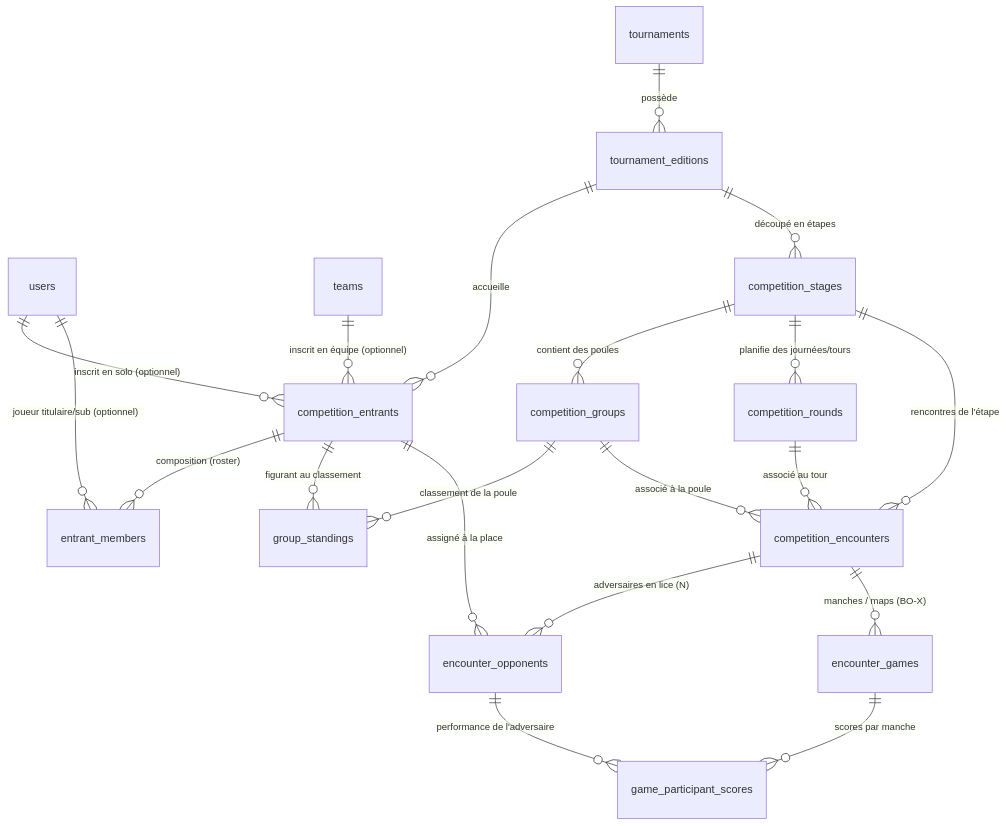
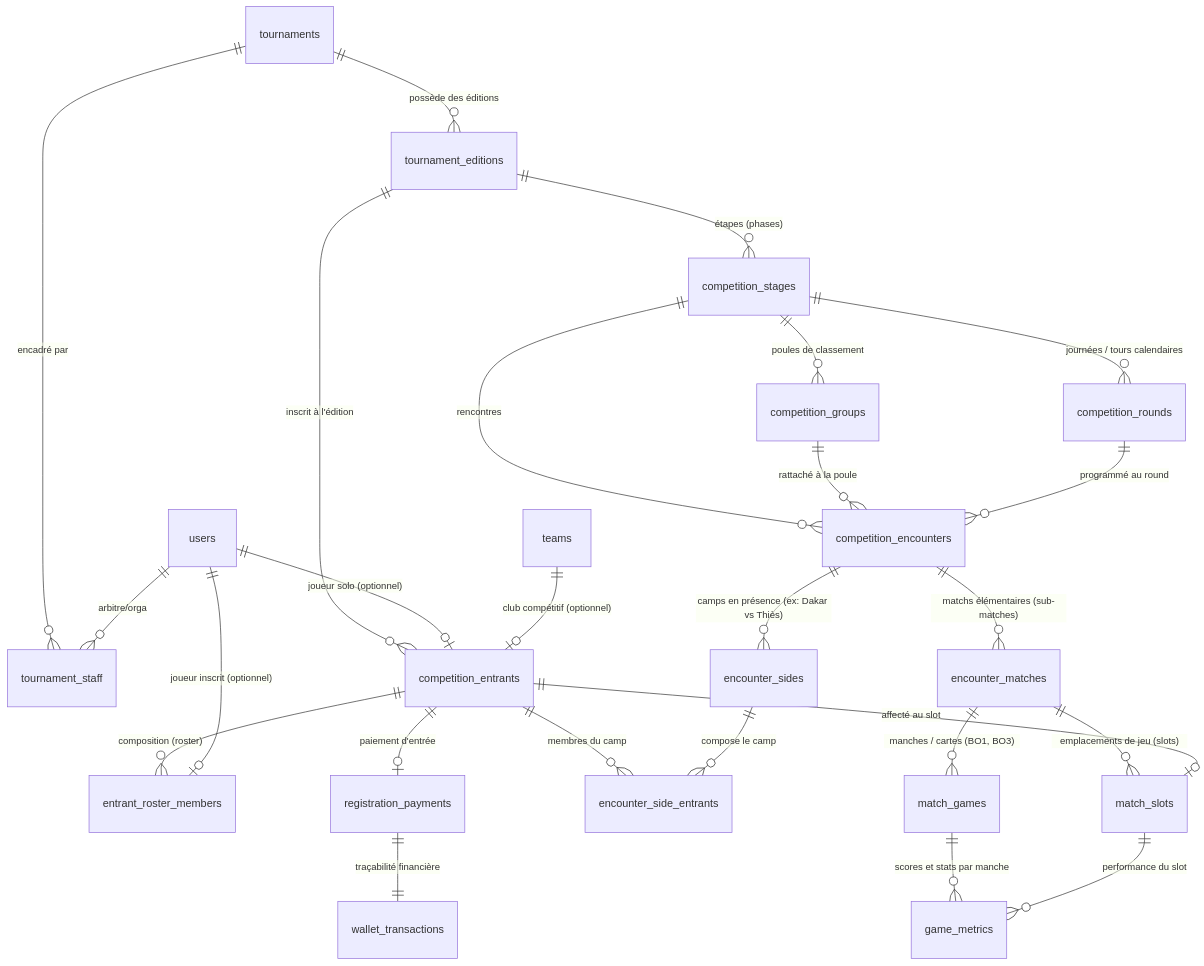
The diagram in docs/audit-competition/05-PROPOSED-TARGET-ARCHITECTURE.md (AbdoulRachid-Mz/games-trafic), drawn with Mermaid before and after one commit. The commit also changed other lines of this file and 5 other files, not shown here.

Commit message:
docs(audit): revise architecture with clean slate strategy, collective fixtures and rule engine

````diff
--- a/docs/audit-competition/05-PROPOSED-TARGET-ARCHITECTURE.md
+++ b/docs/audit-competition/05-PROPOSED-TARGET-ARCHITECTURE.md
@@ -20,27 +43,36 @@
 ```mermaid
 erDiagram
-    tournaments ||--o{ tournament_editions : "possède"
-    tournament_editions ||--o{ competition_entrants : "accueille"
-    users ||--o{ competition_entrants : "inscrit en solo (optionnel)"
-    teams ||--o{ competition_entrants : "inscrit en équipe (optionnel)"
-    competition_entrants ||--o{ entrant_members : "composition (roster)"
-    users ||--o{ entrant_members : "joueur titulaire/sub (optionnel)"
+    tournaments ||--o{ tournament_staff : "encadré par"
+    users ||--o{ tournament_staff : "arbitre/orga"
 
-    tournament_editions ||--o{ competition_stages : "découpé en étapes"
-    competition_stages ||--o{ competition_groups : "contient des poules"
-    competition_stages ||--o{ competition_rounds : "planifie des journées/tours"
+    tournaments ||--o{ tournament_editions : "possède des éditions"
+    tournament_editions ||--o{ competition_entrants : "inscrit à l'édition"
+    users ||--o| competition_entrants : "joueur solo (optionnel)"
+    teams ||--o| competition_entrants : "club compétitif (optionnel)"
 
-    competition_groups ||--o{ group_standings : "classement de la poule"
-    competition_entrants ||--o{ group_standings : "figurant au classement"
+    competition_entrants ||--o{ entrant_roster_members : "composition (roster)"
+    users ||--o| entrant_roster_members : "joueur inscrit (optionnel)"
 
-    competition_stages ||--o{ competition_encounters : "rencontres de l'étape"
-    competition_groups ||--o{ competition_encounters : "associé à la poule"
-    competition_rounds ||--o{ competition_encounters : "associé au tour"
+    competition_entrants ||--o| registration_payments : "paiement d'entrée"
+    registration_payments ||--|| wallet_transactions : "traçabilité financière"
 
-    competition_encounters ||--o{ encounter_opponents : "adversaires en lice (N)"
-    competition_entrants ||--o{ encounter_opponents : "assigné à la place"
+    tournament_editions ||--o{ competition_stages : "étapes (phases)"
+    competition_stages ||--o{ competition_groups : "poules de classement"
+    competition_stages ||--o{ competition_rounds : "journées / tours calendaires"
 
-    competition_encounters ||--o{ encounter_games : "manches / maps (BO-X)"
-    encounter_games ||--o{ game_participant_scores : "scores par manche"
-    encounter_opponents ||--o{ game_participant_scores : "performance de l'adversaire"
+    competition_stages ||--o{ competition_encounters : "rencontres"
+    competition_groups ||--o{ competition_encounters : "rattaché à la poule"
+    competition_rounds ||--o{ competition_encounters : "programmé au round"
+
+    competition_encounters ||--o{ encounter_sides : "camps en présence (ex: Dakar vs Thiès)"
+    competition_entrants ||--o{ encounter_side_entrants : "membres du camp"
+    encounter_sides ||--o{ encounter_side_entrants : "compose le camp"
+
+    competition_encounters ||--o{ encounter_matches : "matchs élémentaires (sub-matches)"
+    encounter_matches ||--o{ match_slots : "emplacements de jeu (slots)"
+    competition_entrants ||--o| match_slots : "affecté au slot"
+
+    encounter_matches ||--o{ match_games : "manches / cartes (BO1, BO3)"
+    match_games ||--o{ game_metrics : "scores et stats par manche"
+    match_slots ||--o{ game_metrics : "performance du slot"
 ```
````
